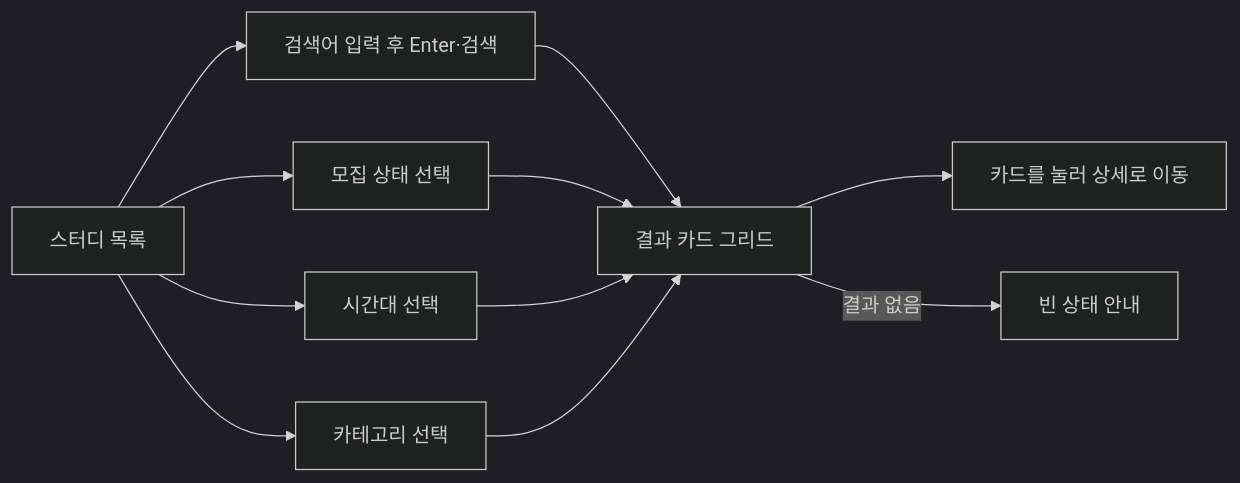
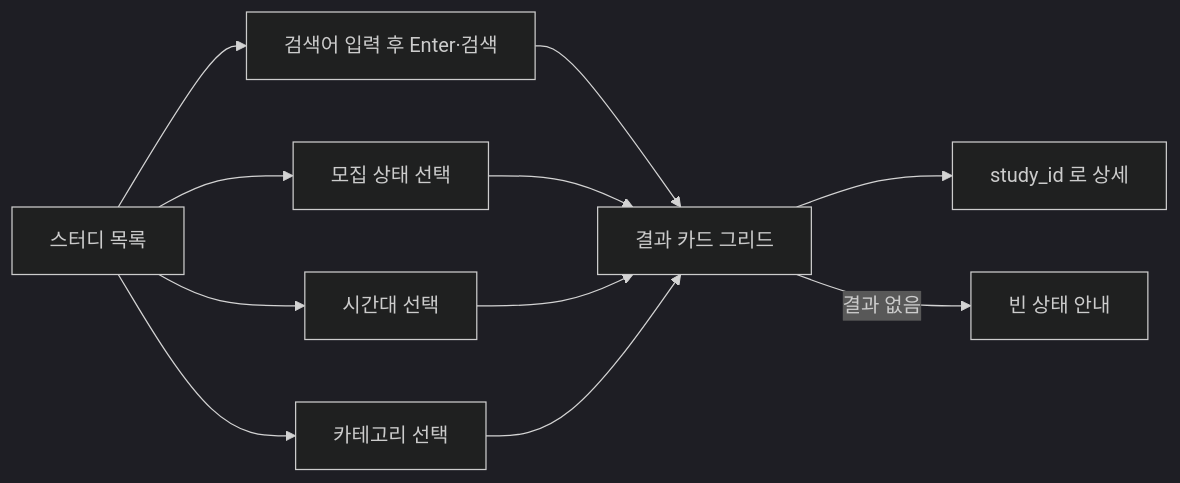
Before and after one commit to StudyClub-PlusPlus/studyclub-engineering: the first of 2 diagrams in planning/stories/crew-browse-studies/PRD.md, drawn with Mermaid (dark theme). The commit also changed other lines of this file and 15 other files, not shown here.

````diff
--- a/planning/stories/crew-browse-studies/PRD.md
+++ b/planning/stories/crew-browse-studies/PRD.md
@@ -23,13 +23,13 @@
 ```mermaid
 flowchart LR
   A["스터디 목록"] --> B["검색어 입력 후 Enter·검색"]
   A --> C["모집 상태 선택"]
   A --> D["시간대 선택"]
   A --> E["카테고리 선택"]
   B --> F["결과 카드 그리드"]
   C --> F
   D --> F
   E --> F
-  F --> G["카드를 눌러 상세로 이동"]
+  F --> G["study_id 로 상세"]
   F -->|결과 없음| H["빈 상태 안내"]
 ```
````
